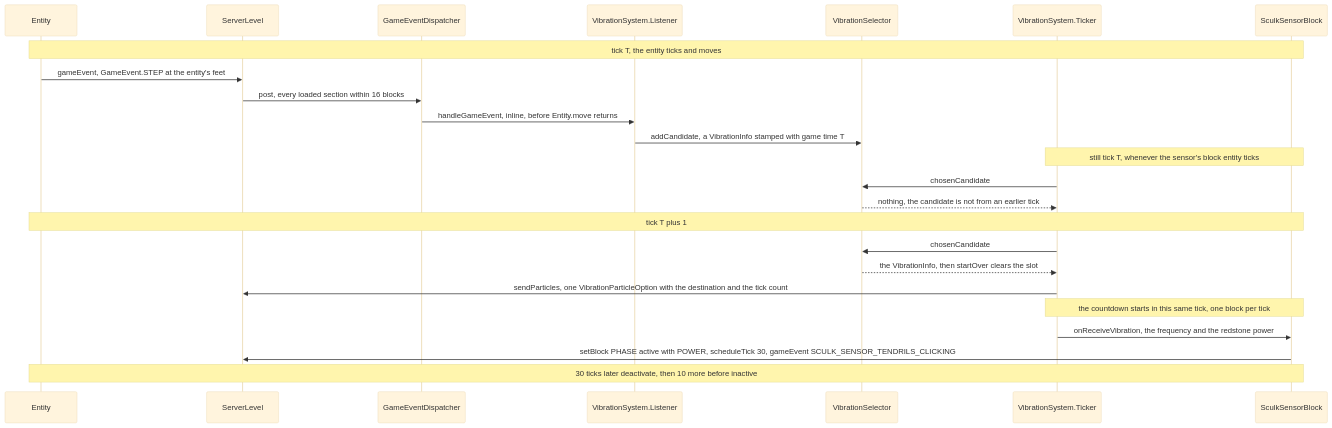
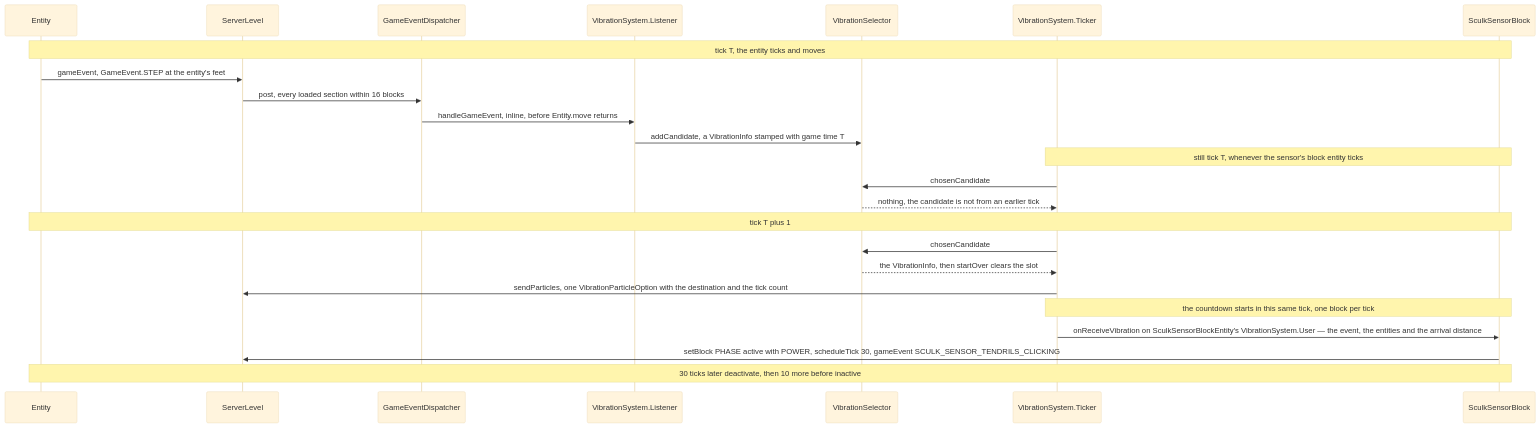
The second of 2 diagrams in src/systems/world/game-events-and-vibrations.md (AlexanderjFraser/MinecraftDocs), drawn with Mermaid (base theme) before and after one commit. The commit also changed other lines of this file and 13 other files, not shown here.

````diff
--- a/src/systems/world/game-events-and-vibrations.md
+++ b/src/systems/world/game-events-and-vibrations.md
@@ -174,27 +178,27 @@
 ```mermaid
 sequenceDiagram
     participant Entity as Entity
     participant SL as ServerLevel
     participant GED as GameEventDispatcher
     participant VSL as VibrationSystem.Listener
     participant VSel as VibrationSelector
     participant VST as VibrationSystem.Ticker
     participant SSB as SculkSensorBlock
 
     Note over Entity,SSB: tick T, the entity ticks and moves
     Entity->>SL: gameEvent, GameEvent.STEP at the entity's feet
     SL->>GED: post, every loaded section within 16 blocks
     GED->>VSL: handleGameEvent, inline, before Entity.move returns
     VSL->>VSel: addCandidate, a VibrationInfo stamped with game time T
     Note over VST,SSB: still tick T, whenever the sensor's block entity ticks
     VST->>VSel: chosenCandidate
     VSel-->>VST: nothing, the candidate is not from an earlier tick
     Note over Entity,SSB: tick T plus 1
     VST->>VSel: chosenCandidate
     VSel-->>VST: the VibrationInfo, then startOver clears the slot
     VST->>SL: sendParticles, one VibrationParticleOption with the destination and the tick count
     Note over VST,SSB: the countdown starts in this same tick, one block per tick
-    VST->>SSB: onReceiveVibration, the frequency and the redstone power
+    VST->>SSB: onReceiveVibration on SculkSensorBlockEntity's VibrationSystem.User — the event, the entities and the arrival distance
     SSB->>SL: setBlock PHASE active with POWER, scheduleTick 30, gameEvent SCULK_SENSOR_TENDRILS_CLICKING
     Note over Entity,SSB: 30 ticks later deactivate, then 10 more before inactive
 ```
````
